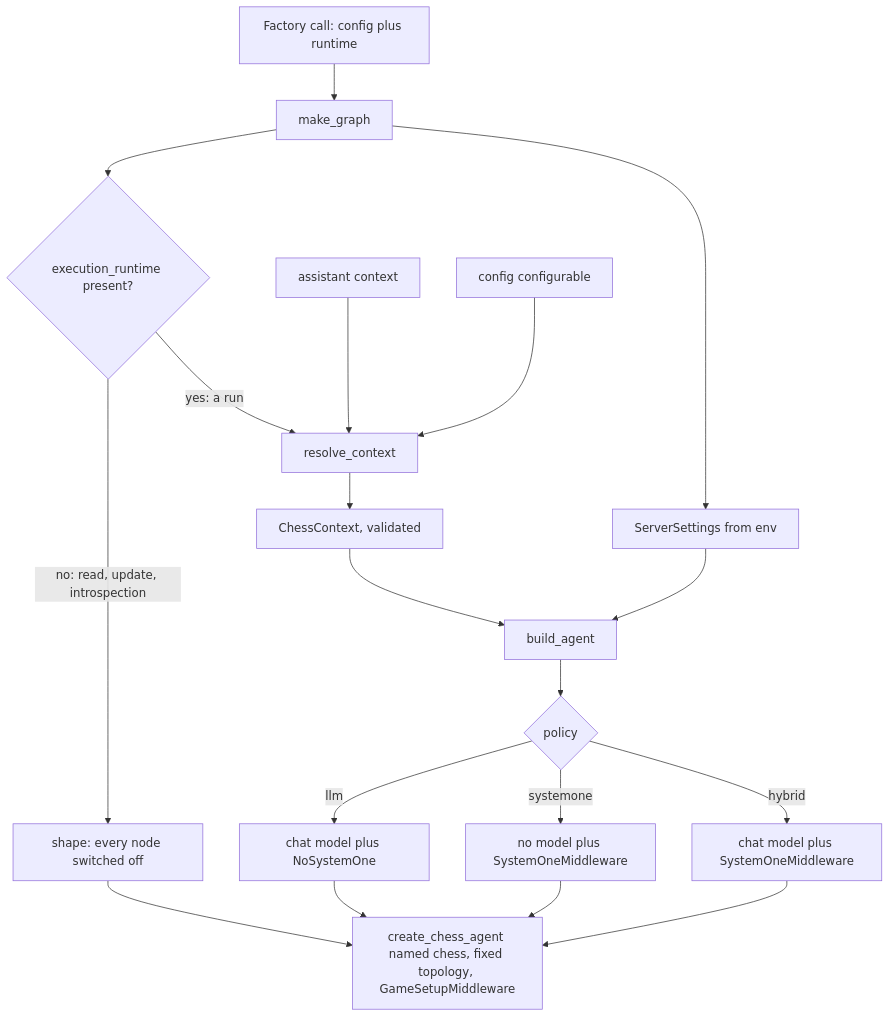
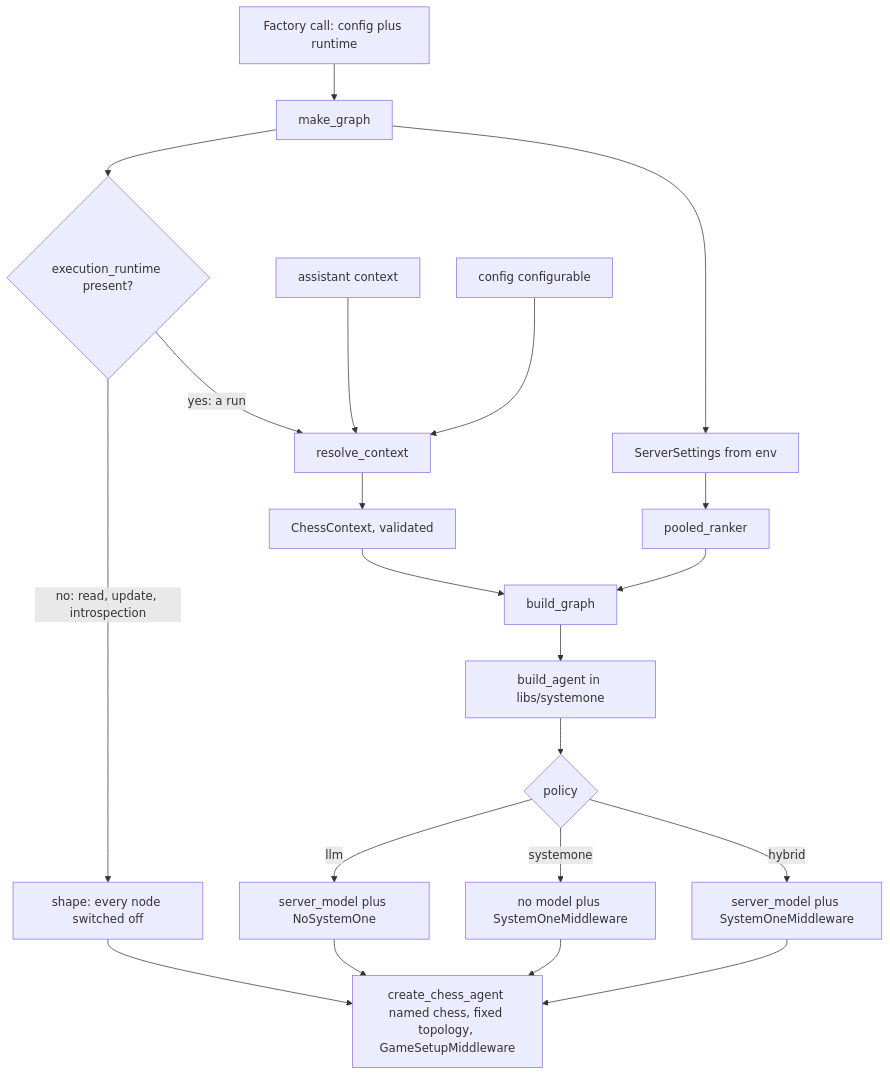
Before and after one commit to darieldatoon/langchain-chess: the diagram in openwiki/integrations/agent-server.md, drawn with Mermaid. The commit also changed other lines of this file and 48 other files, not shown here.

````diff
--- a/openwiki/integrations/agent-server.md
+++ b/openwiki/integrations/agent-server.md
@@ -69,21 +85,23 @@
 ```mermaid
 flowchart TD
     Call["Factory call: config plus runtime"] --> MG["make_graph"]
     MG --> Q{"execution_runtime present?"}
     Q -->|"no: read, update, introspection"| SH["shape: every node switched off"]
     Q -->|"yes: a run"| RC["resolve_context"]
     AC["assistant context"] --> RC
     CF["config configurable"] --> RC
     RC --> CTX["ChessContext, validated"]
     MG --> SS["ServerSettings from env"]
-    CTX --> BA["build_agent"]
-    SS --> BA
+    SS --> PR["pooled_ranker"]
+    CTX --> BG["build_graph"]
+    PR --> BG
+    BG --> BA["build_agent in libs/systemone"]
     BA --> P{"policy"}
-    P -->|llm| L["chat model plus NoSystemOne"]
+    P -->|llm| L["server_model plus NoSystemOne"]
     P -->|systemone| S["no model plus SystemOneMiddleware"]
-    P -->|hybrid| H["chat model plus SystemOneMiddleware"]
+    P -->|hybrid| H["server_model plus SystemOneMiddleware"]
     L --> CCA["create_chess_agent named chess, fixed topology, GameSetupMiddleware"]
     S --> CCA
     H --> CCA
     SH --> CCA
 ```
````
